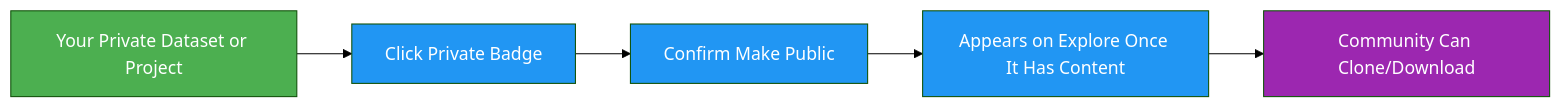
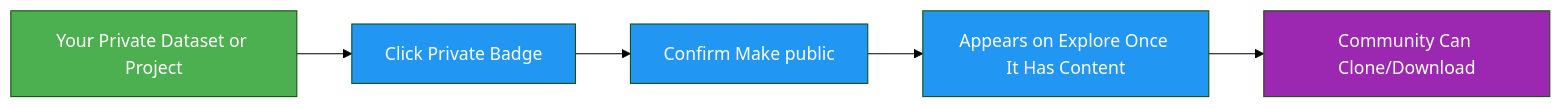
Before and after one commit to Rehman-AD/cv-yolov8-core: the third of 3 diagrams in docs/en/platform/explore.md, drawn with Mermaid (forest theme). The commit also changed other lines of this file and 24 other files, not shown here.

````diff
--- a/docs/en/platform/explore.md
+++ b/docs/en/platform/explore.md
@@ -278,11 +277,11 @@
 ```mermaid
 graph LR
     A[Your Private Dataset or Project]:::start --> B[Click Private Badge]:::proc
-    B --> C[Confirm Make Public]:::proc
+    B --> C[Confirm Make public]:::proc
     C --> D[Appears on Explore Once It Has Content]:::proc
     D --> E[Community Can Clone/Download]:::out
 
     classDef start fill:#4CAF50,color:#fff
     classDef proc fill:#2196F3,color:#fff
     classDef out fill:#9C27B0,color:#fff
 ```
````
